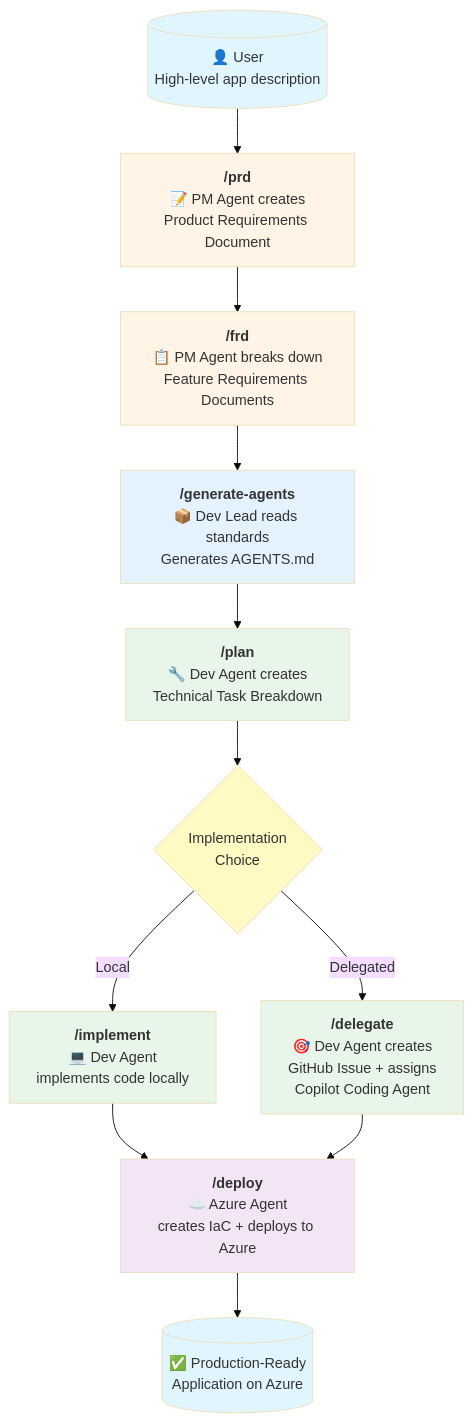
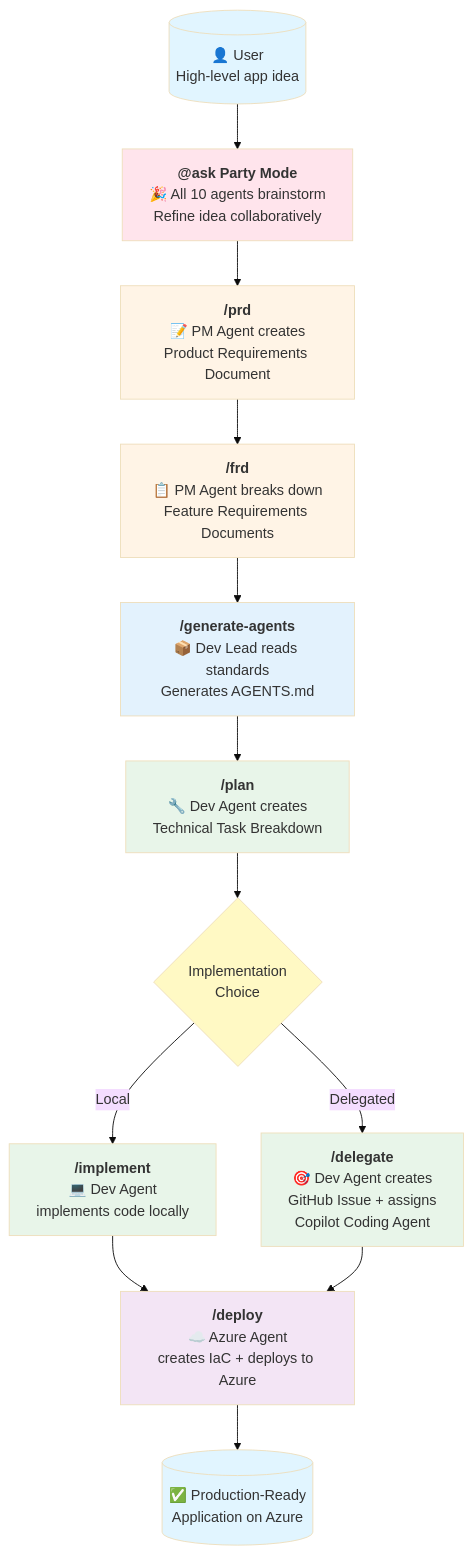
One commit to tidoemanuele/agile-sensing-kit changed the first of 2 diagrams in README.md. Above: the diagram before and after it, drawn with Mermaid (base theme).

Commit message:
docs: Add Party Mode to Greenfield workflow diagram
User Idea → Party Mode (brainstorm) → /prd → ...

🤖 Generated with [Claude Code](https://claude.com/claude-code)

````diff
--- a/README.md
+++ b/README.md
@@ -273,35 +273,38 @@
 ```mermaid
 graph TB
-    Start[("👤 User<br/>High-level app description")]
-    
-    Start --> PRD["<b>/prd</b><br/>📝 PM Agent creates<br/>Product Requirements Document"]
-    
+    Start[("👤 User<br/>High-level app idea")]
+
+    Start --> Party["<b>@ask Party Mode</b><br/>🎉 All 10 agents brainstorm<br/>Refine idea collaboratively"]
+
+    Party --> PRD["<b>/prd</b><br/>📝 PM Agent creates<br/>Product Requirements Document"]
+
     PRD --> FRD["<b>/frd</b><br/>📋 PM Agent breaks down<br/>Feature Requirements Documents"]
-    
+
     FRD --> GenAgents["<b>/generate-agents</b><br/>📦 Dev Lead reads standards<br/>Generates AGENTS.md"]
-    
+
     GenAgents --> Plan["<b>/plan</b><br/>🔧 Dev Agent creates<br/>Technical Task Breakdown"]
-    
+
     Plan --> Choice{"Implementation<br/>Choice"}
-    
+
     Choice -->|Local| Implement["<b>/implement</b><br/>💻 Dev Agent<br/>implements code locally"]
-    
+
     Choice -->|Delegated| Delegate["<b>/delegate</b><br/>🎯 Dev Agent creates<br/>GitHub Issue + assigns<br/>Copilot Coding Agent"]
-    
+
     Implement --> Deploy["<b>/deploy</b><br/>☁️ Azure Agent<br/>creates IaC + deploys to Azure"]
-    
+
     Delegate --> Deploy
-    
+
     Deploy --> Done[("✅ Production-Ready<br/>Application on Azure")]
-    
+
     style Start fill:#e1f5ff
+    style Party fill:#ffe4ec
     style PRD fill:#fff4e6
     style FRD fill:#fff4e6
     style GenAgents fill:#e3f2fd
     style Plan fill:#e8f5e9
     style Implement fill:#e8f5e9
     style Delegate fill:#e8f5e9
     style Deploy fill:#f3e5f5
     style Done fill:#e1f5ff
     style Choice fill:#fff9c4
 ```
````
